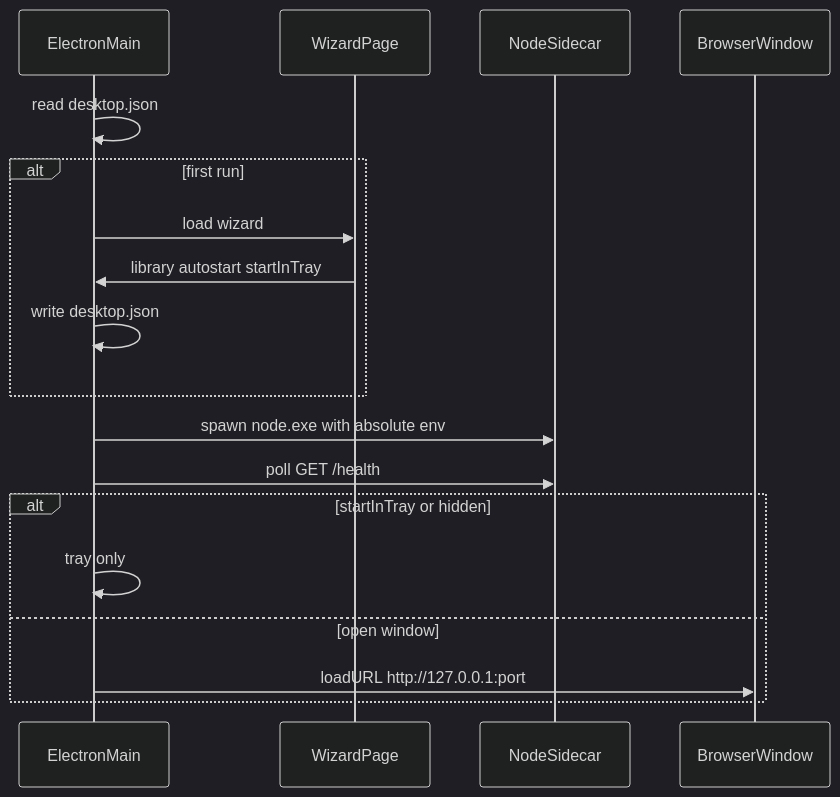
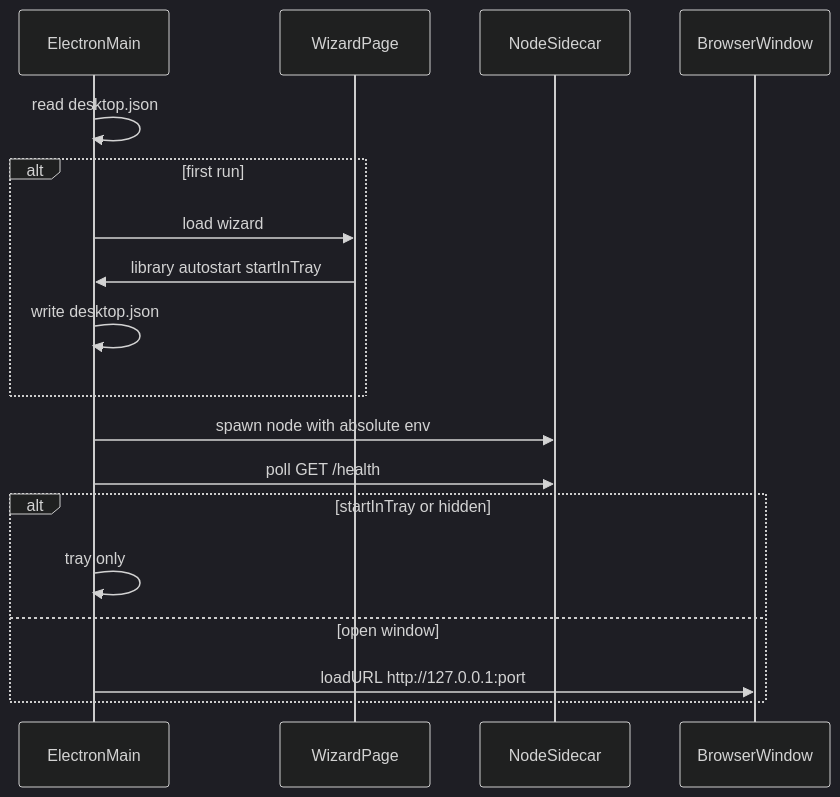
The diagram in apps/desktop/README.md (hoardodile/hoardodile), drawn with Mermaid (dark theme) before and after one commit. The commit also changed other lines of this file and 21 other files, not shown here.

````diff
--- a/apps/desktop/README.md
+++ b/apps/desktop/README.md
@@ -9,20 +9,20 @@
 ```mermaid
 sequenceDiagram
   participant Main as ElectronMain
   participant Wizard as WizardPage
   participant Child as NodeSidecar
   participant BW as BrowserWindow
   Main->>Main: read desktop.json
   alt first run
     Main->>Wizard: load wizard
     Wizard->>Main: library autostart startInTray
     Main->>Main: write desktop.json
   end
-  Main->>Child: spawn node.exe with absolute env
+  Main->>Child: spawn node with absolute env
   Main->>Child: poll GET /health
   alt startInTray or hidden
     Main->>Main: tray only
   else open window
     Main->>BW: loadURL http://127.0.0.1:port
   end
 ```
````
